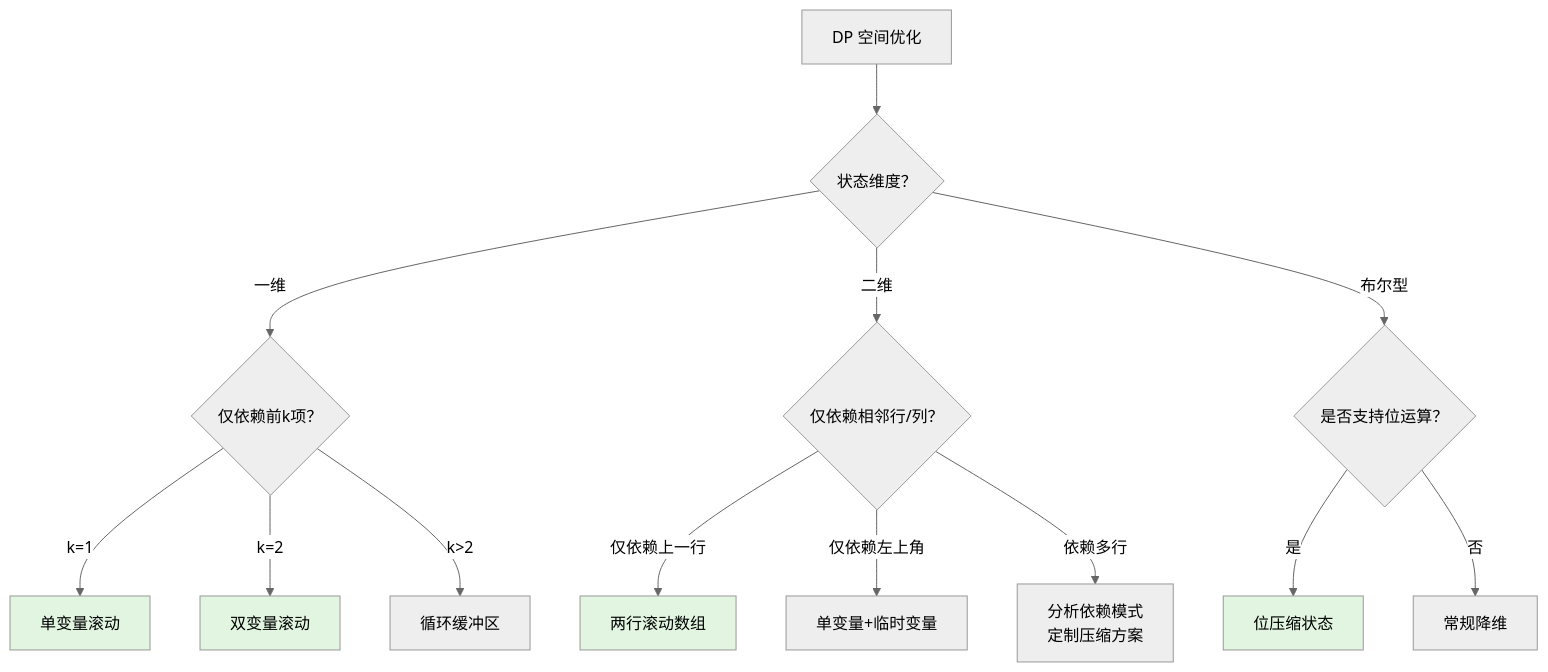
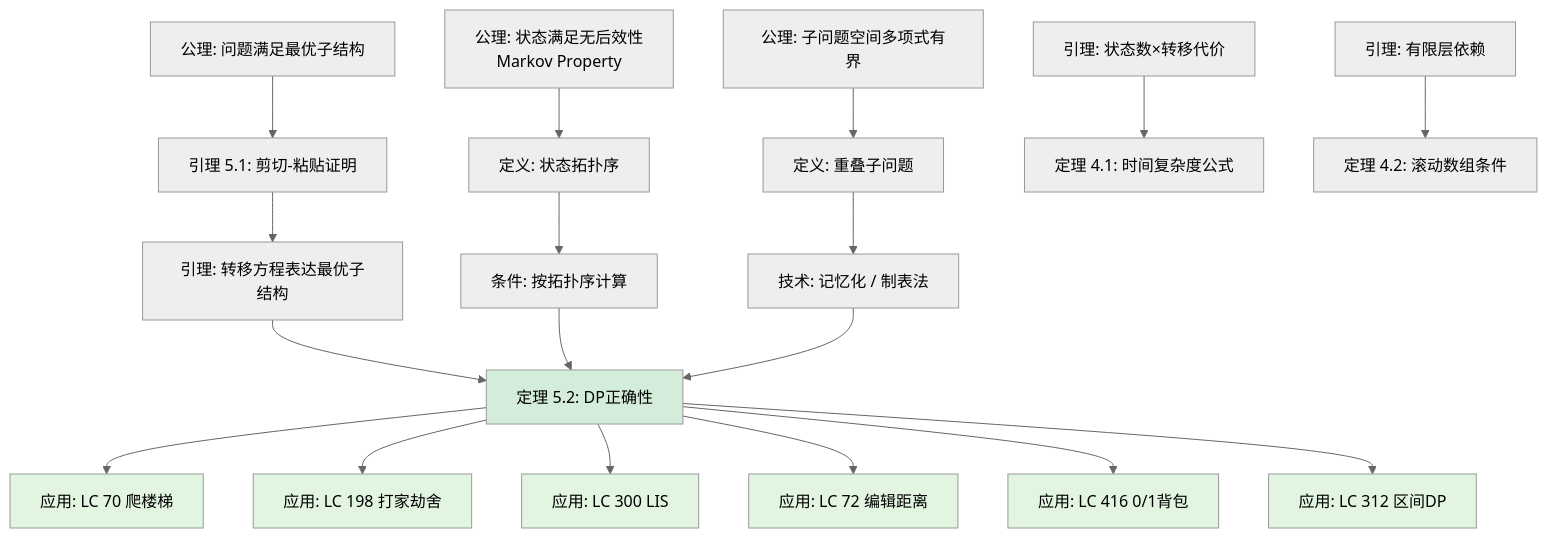
One commit to AdaMartin18010/FormalAlgorithm changed the sixth of 6 diagrams in docs/13-LeetCode算法面试专题/02-算法范式专题/08-动态规划.md. Above: the diagram before and after it, drawn with Mermaid (neutral theme). The commit also changed other lines of this file and 132 other files, not shown here.

````diff
--- a/docs/13-LeetCode算法面试专题/02-算法范式专题/08-动态规划.md
+++ b/docs/13-LeetCode算法面试专题/02-算法范式专题/08-动态规划.md
@@ -1217,23 +1088,32 @@
 ```mermaid
 flowchart TD
-    A[DP 空间优化] --> B{状态维度？}
-    B -->|一维| C{仅依赖前k项？}
-    B -->|二维| D{仅依赖相邻行/列？}
-    
-    C -->|k=1| E[单变量滚动]
-    C -->|k=2| F[双变量滚动]
-    C -->|k>2| G[循环缓冲区]
-    
-    D -->|仅依赖上一行| H[两行滚动数组]
-    D -->|仅依赖左上角| I[单变量+临时变量]
-    D -->|依赖多行| J[分析依赖模式<br/>定制压缩方案]
-    
-    B -->|布尔型| K{是否支持位运算？}
-    K -->|是| L[位压缩状态]
-    K -->|否| M[常规降维]
-    
-    style E fill:#e1f5e1
-    style F fill:#e1f5e1
-    style H fill:#e1f5e1
-    style L fill:#e1f5e1
+    A1[公理: 问题满足最优子结构] --> B1[引理 5.1: 剪切-粘贴证明]
+    A2[公理: 状态满足无后效性<br/>Markov Property] --> B2[定义: 状态拓扑序]
+    A3[公理: 子问题空间多项式有界] --> B3[定义: 重叠子问题]
+
+    B1 --> C[引理: 转移方程表达最优子结构]
+    B2 --> D[条件: 按拓扑序计算]
+    B3 --> E[技术: 记忆化 / 制表法]
+
+    C --> F[定理 5.2: DP正确性]
+    D --> F
+    E --> F
+
+    F --> G1[应用: LC 70 爬楼梯]
+    F --> G2[应用: LC 198 打家劫舍]
+    F --> G3[应用: LC 300 LIS]
+    F --> G4[应用: LC 72 编辑距离]
+    F --> G5[应用: LC 416 0/1背包]
+    F --> G6[应用: LC 312 区间DP]
+
+    H[引理: 状态数×转移代价] --> I[定理 4.1: 时间复杂度公式]
+    J[引理: 有限层依赖] --> K[定理 4.2: 滚动数组条件]
+
+    style F fill:#d4edda
+    style G1 fill:#e1f5e1
+    style G2 fill:#e1f5e1
+    style G3 fill:#e1f5e1
+    style G4 fill:#e1f5e1
+    style G5 fill:#e1f5e1
+    style G6 fill:#e1f5e1
 ```
````
